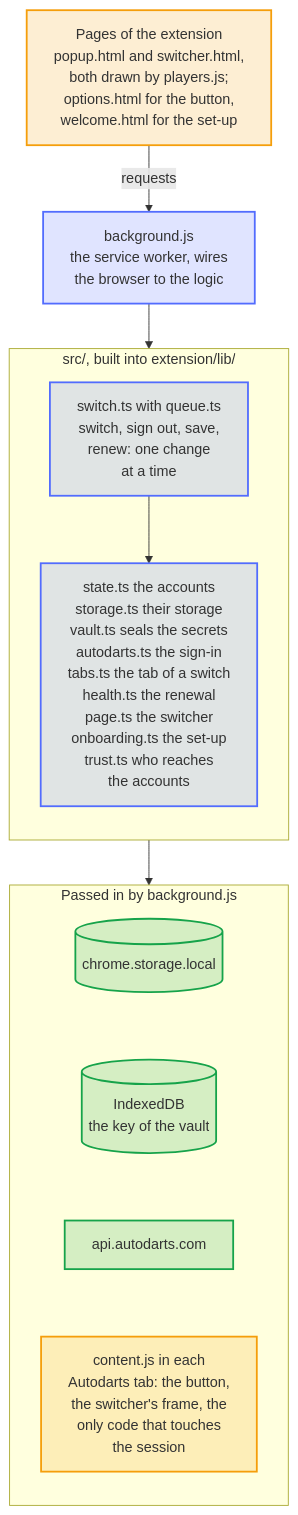
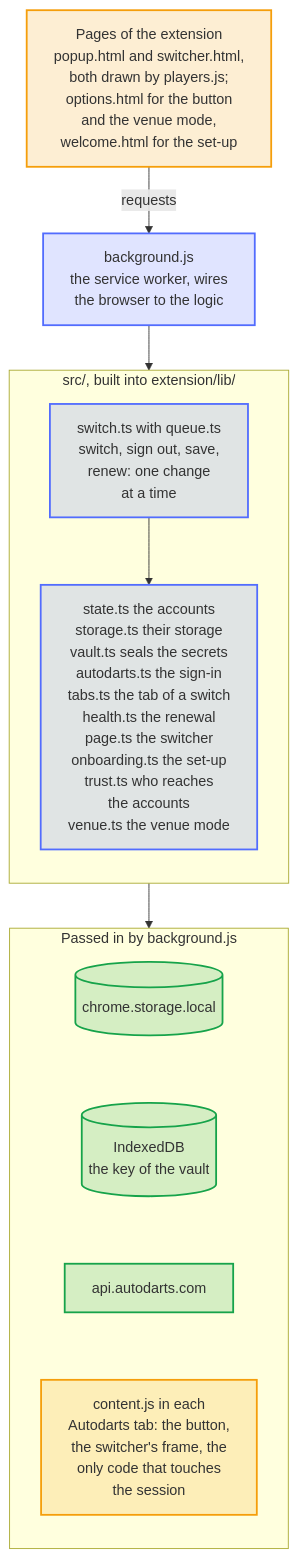
The diagram in docs/diagrams/architecture.mmd (Dennis-Otto/player-switch-for-autodarts), drawn with Mermaid before and after one commit. The commit also changed 51 other files, not shown here.

First line of the commit message:
feat: add a venue mode with a manager PIN, player PINs and a return to the house account (#72)

```diff
--- a/docs/diagrams/architecture.mmd
+++ b/docs/diagrams/architecture.mmd
@@ -1,35 +1,35 @@
 ---
 config:
   flowchart:
     wrappingWidth: 400
 ---
 flowchart TB
     accTitle: How the code is laid out
-    accDescr: The popup and the switcher are pages of the extension that players.js draws, the options page keeps the settings of the button, and the welcome page guides the first set-up. They send their requests to background.js, the service worker, which wires the browser to the logic in src/, built into extension/lib/. There switch.ts makes every change of the accounts, one at a time through queue.ts, with state.ts for the saved accounts, storage.ts to store them with the version of their format, vault.ts to seal their sessions and passwords, and autodarts.ts for the sign-in service of Autodarts; tabs.ts picks the Autodarts tab, health.ts plans the renewal and the badge, page.ts decides for the switcher, onboarding.ts for the first set-up and the bug report, and trust.ts who may send which request and who may read the storage. The logic reaches chrome.storage.local, the IndexedDB of the key, api.autodarts.com and content.js only through what background.js passes in. content.js runs in each Autodarts tab, shows the button and the frame of the switcher, and is the only code that reads or writes the session of the page.
+    accDescr: The popup and the switcher are pages of the extension that players.js draws, the options page keeps the settings of the button and of the venue mode, and the welcome page guides the first set-up. They send their requests to background.js, the service worker, which wires the browser to the logic in src/, built into extension/lib/. There switch.ts makes every change of the accounts, one at a time through queue.ts, with state.ts for the saved accounts, storage.ts to store them with the version of their format, vault.ts to seal their sessions and passwords, and autodarts.ts for the sign-in service of Autodarts; tabs.ts picks the Autodarts tab, health.ts plans the renewal and the badge, page.ts decides for the switcher, onboarding.ts for the first set-up and the bug report, trust.ts who may send which request and who may read the storage, and venue.ts the PINs and the return after a break of the venue mode. The logic reaches chrome.storage.local, the IndexedDB of the key, api.autodarts.com and content.js only through what background.js passes in. content.js runs in each Autodarts tab, shows the button and the frame of the switcher, and is the only code that reads or writes the session of the page.
 
-    pages["Pages of the extension<br>popup.html and switcher.html,<br>both drawn by players.js;<br>options.html for the button,<br>welcome.html for the set-up"]
+    pages["Pages of the extension<br>popup.html and switcher.html,<br>both drawn by players.js;<br>options.html for the button<br>and the venue mode,<br>welcome.html for the set-up"]
     worker["background.js<br>the service worker, wires<br>the browser to the logic"]
     subgraph lib ["src/, built into extension/lib/"]
         direction TB
         switch["switch.ts with queue.ts<br>switch, sign out, save,<br>renew: one change<br>at a time"]
-        parts["state.ts the accounts<br>storage.ts their storage<br>vault.ts seals the secrets<br>autodarts.ts the sign-in<br>tabs.ts the tab of a switch<br>health.ts the renewal<br>page.ts the switcher<br>onboarding.ts the set-up<br>trust.ts who reaches<br>the accounts"]
+        parts["state.ts the accounts<br>storage.ts their storage<br>vault.ts seals the secrets<br>autodarts.ts the sign-in<br>tabs.ts the tab of a switch<br>health.ts the renewal<br>page.ts the switcher<br>onboarding.ts the set-up<br>trust.ts who reaches<br>the accounts<br>venue.ts the venue mode"]
         switch --> parts
     end
     subgraph ports ["Passed in by background.js"]
         direction TB
         storage[("chrome.storage.local")]
         keys[("IndexedDB<br>the key of the vault")]
         api["api.autodarts.com"]
         content["content.js in each<br>Autodarts tab: the button,<br>the switcher's frame, the<br>only code that touches<br>the session"]
         storage ~~~ keys ~~~ api ~~~ content
     end
 
     pages -- "requests" --> worker --> lib
     lib --> ports
 
     classDef bot fill:#526cfe2e,stroke:#526cfe,stroke-width:2px
     classDef done fill:#16a34a2e,stroke:#16a34a,stroke-width:2px
     classDef person fill:#f59e0b2e,stroke:#f59e0b,stroke-width:2px
     class pages,content person
     class worker,switch,parts bot
     class storage,keys,api done
```
